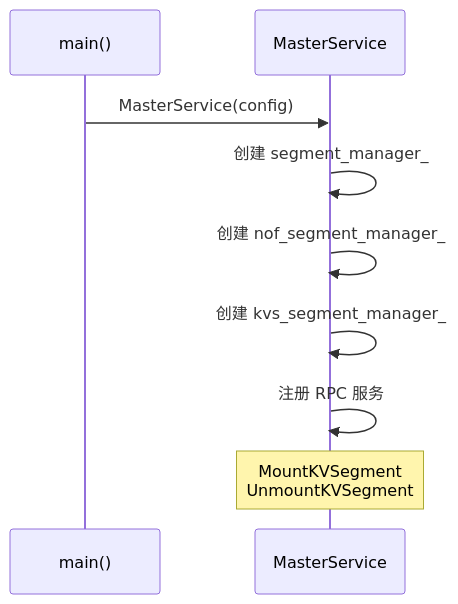
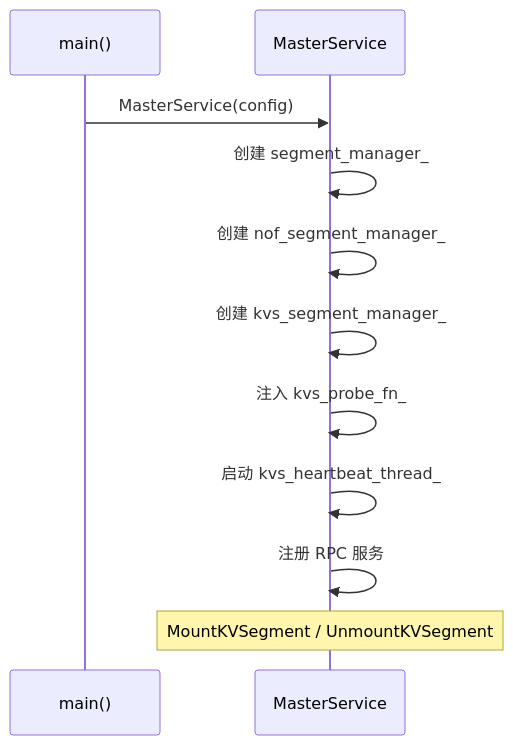
Before and after one commit to yz53665/Mooncake: the fourth of 17 diagrams in mooncake-store/docs/KVUSegment_design.md, drawn with Mermaid. The commit also changed other lines of this file, not shown here.

````diff
--- a/mooncake-store/docs/KVUSegment_design.md
+++ b/mooncake-store/docs/KVUSegment_design.md
@@ -216,12 +241,14 @@
 ```mermaid
 sequenceDiagram
     participant Main as main()
     participant MS as MasterService
 
     Main->>MS: MasterService(config)
     MS->>MS: 创建 segment_manager_
     MS->>MS: 创建 nof_segment_manager_
     MS->>MS: 创建 kvs_segment_manager_
+    MS->>MS: 注入 kvs_probe_fn_
+    MS->>MS: 启动 kvs_heartbeat_thread_
     MS->>MS: 注册 RPC 服务
-    Note over MS: MountKVSegment<br/>UnmountKVSegment
+    Note over MS: MountKVSegment / UnmountKVSegment
 ```
````
